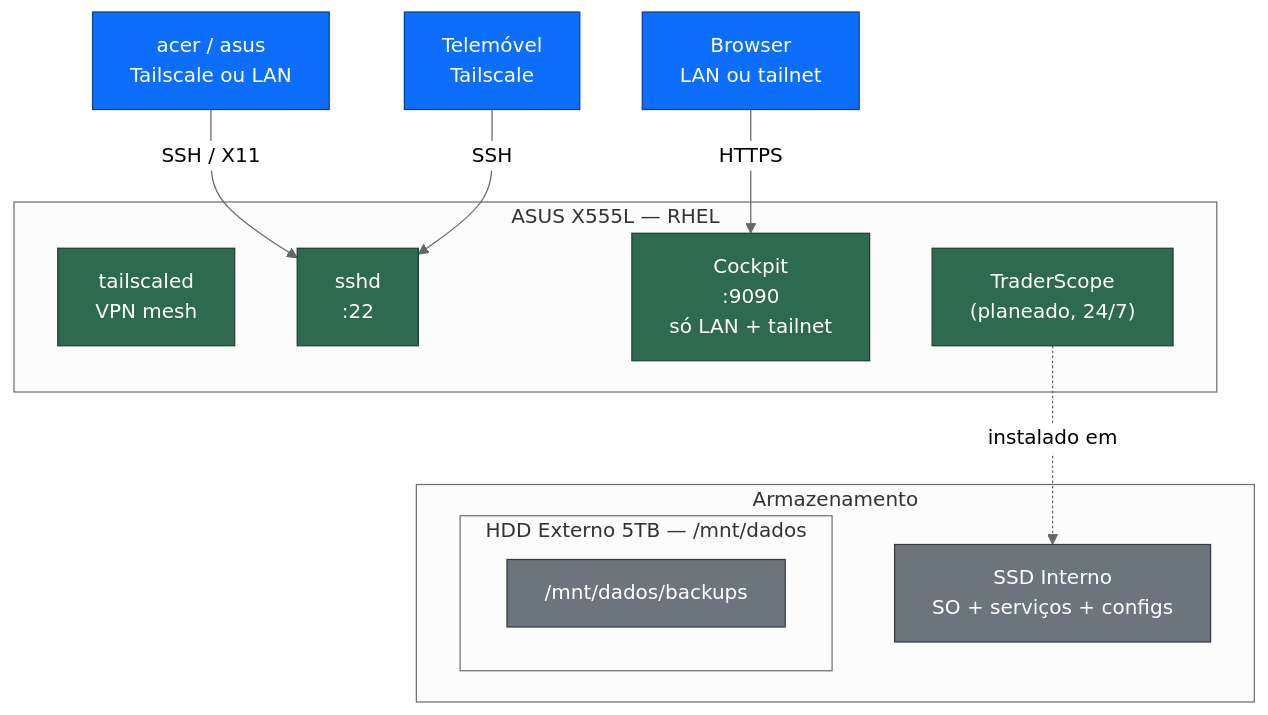
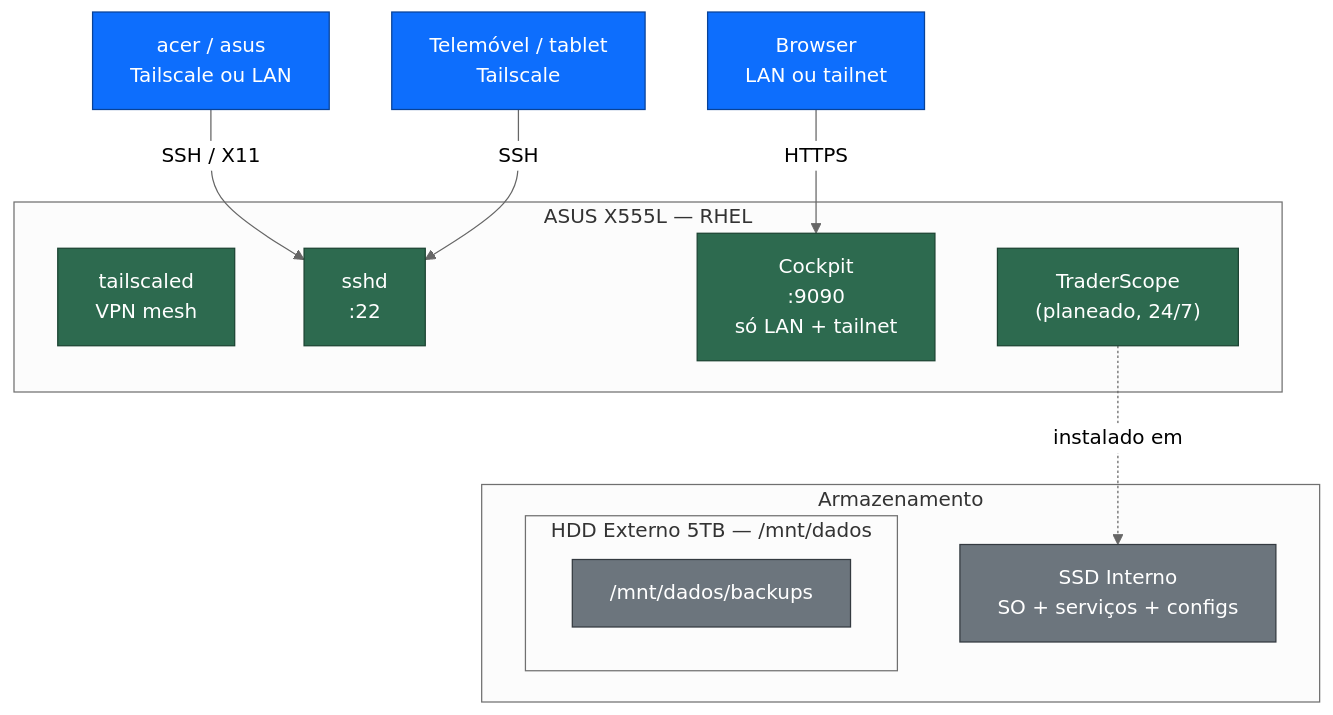
Before and after one commit to Kroatoan1979/001-26-home-server: the second of 3 diagrams in docs/diagrama-rede.md, drawn with Mermaid (neutral theme). The commit also changed other lines of this file and 6 other files, not shown here.

First line of the commit message:
Tablet: acesso fora de casa testado e quinta chave SSH (tarefa 30(b))

````diff
--- a/docs/diagrama-rede.md
+++ b/docs/diagrama-rede.md
@@ -59,31 +62,31 @@
 ```mermaid
 graph TB
     subgraph Server["ASUS X555L — RHEL"]
         Tailscaled["tailscaled\nVPN mesh"]
         SSHD["sshd\n:22"]
 
         Cockpit["Cockpit\n:9090\nsó LAN + tailnet"]
         TraderScope["TraderScope\n(planeado, 24/7)"]
     end
 
     subgraph Storage["Armazenamento"]
         SSD_int["SSD Interno\nSO + serviços + configs"]
         subgraph HDD_ext["HDD Externo 5TB — /mnt/dados"]
             Backups["/mnt/dados/backups"]
         end
     end
 
     TraderScope -.->|"instalado em"| SSD_int
 
     WinPC["acer / asus\nTailscale ou LAN"] -->|"SSH / X11"| SSHD
-    Phone["Telemóvel\nTailscale"] -->|"SSH"| SSHD
+    Phone["Telemóvel / tablet\nTailscale"] -->|"SSH"| SSHD
     Browser["Browser\nLAN ou tailnet"] -->|"HTTPS"| Cockpit
 
     classDef service fill:#2d6a4f,color:#fff,stroke:#1b4332
     classDef storage fill:#6c757d,color:#fff,stroke:#343a40
     classDef client fill:#0d6efd,color:#fff,stroke:#084298
 
     class Cockpit,SSHD,Tailscaled,TraderScope service
     class SSD_int,Backups storage
     class WinPC,Phone,Browser client
 ```
````
